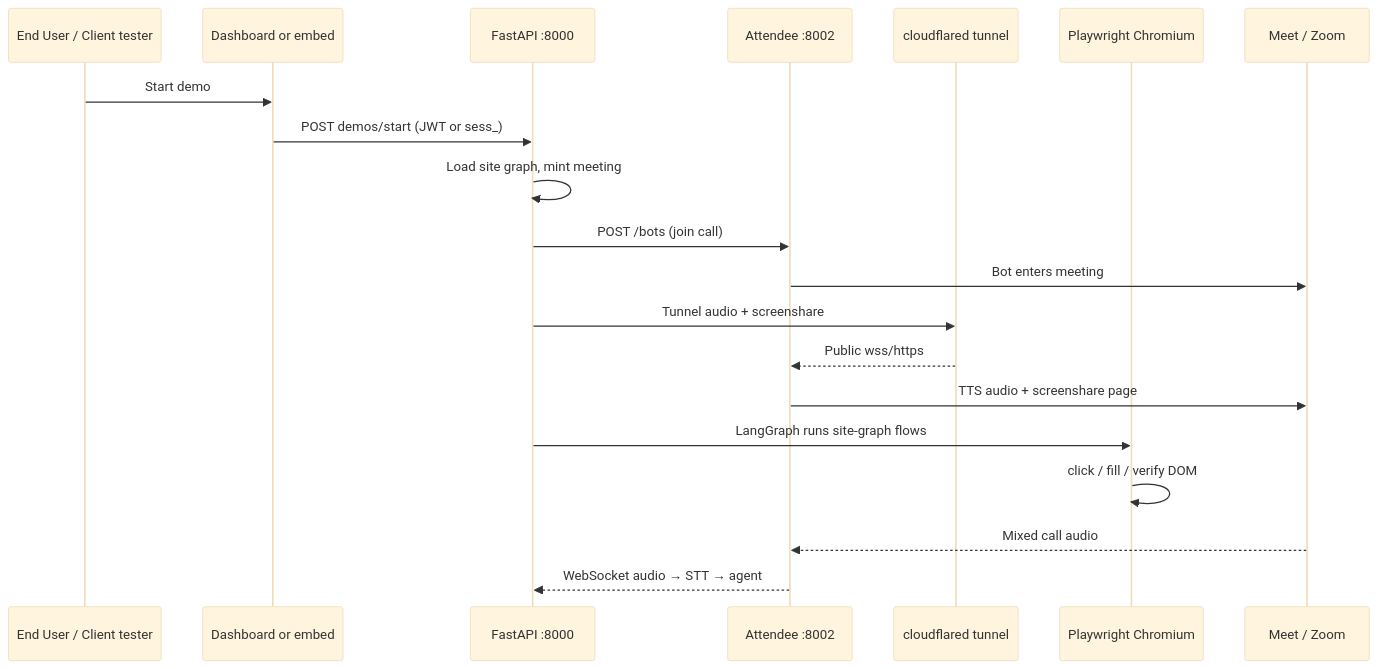
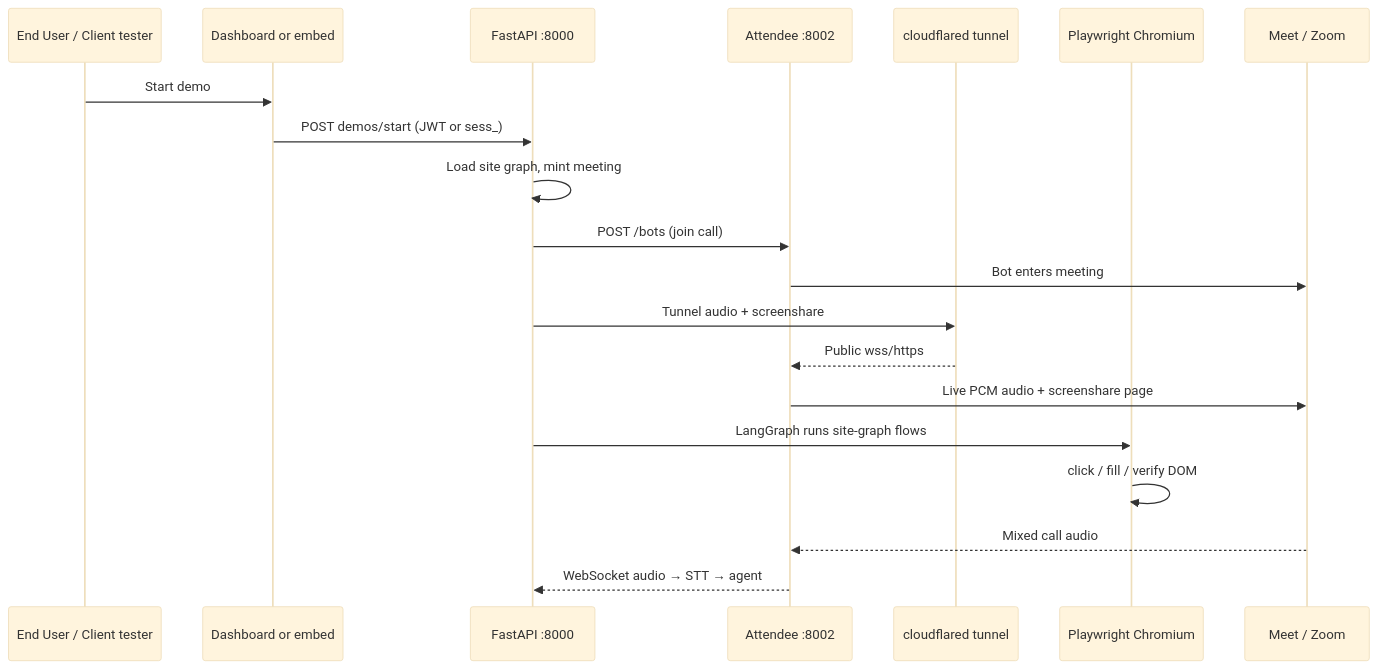
One commit to Dewashish-resiliencesoft/Navigator_AI changed the diagram in README.md. Above: the diagram before and after it, drawn with Mermaid (base theme). The commit also changed other lines of this file and 33 other files, not shown here.

First line of the commit message:
Refactor TTS system: Remove Fish and Gemini Live speakers

````diff
--- a/README.md
+++ b/README.md
@@ -106,23 +106,23 @@
 ```mermaid
 sequenceDiagram
     participant EU as End User / Client tester
     participant UI as Dashboard or embed
     participant API as FastAPI :8000
     participant ATT as Attendee :8002
     participant CF as cloudflared tunnel
     participant PW as Playwright Chromium
     participant Meet as Meet / Zoom
 
     EU->>UI: Start demo
     UI->>API: POST demos/start (JWT or sess_)
     API->>API: Load site graph, mint meeting
     API->>ATT: POST /bots (join call)
     ATT->>Meet: Bot enters meeting
     API->>CF: Tunnel audio + screenshare
     CF-->>ATT: Public wss/https
-    ATT->>Meet: TTS audio + screenshare page
+    ATT->>Meet: Live PCM audio + screenshare page
     API->>PW: LangGraph runs site-graph flows
     PW->>PW: click / fill / verify DOM
     Meet-->>ATT: Mixed call audio
     ATT-->>API: WebSocket audio → STT → agent
 ```
````
